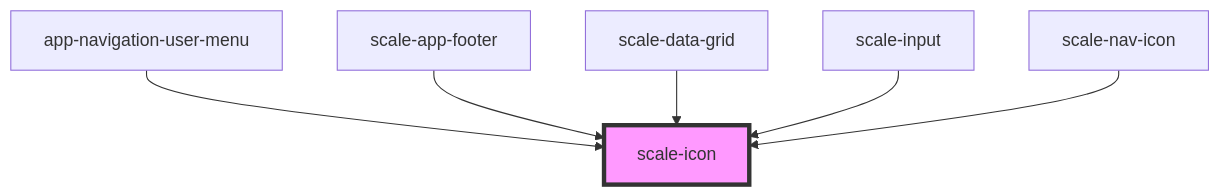
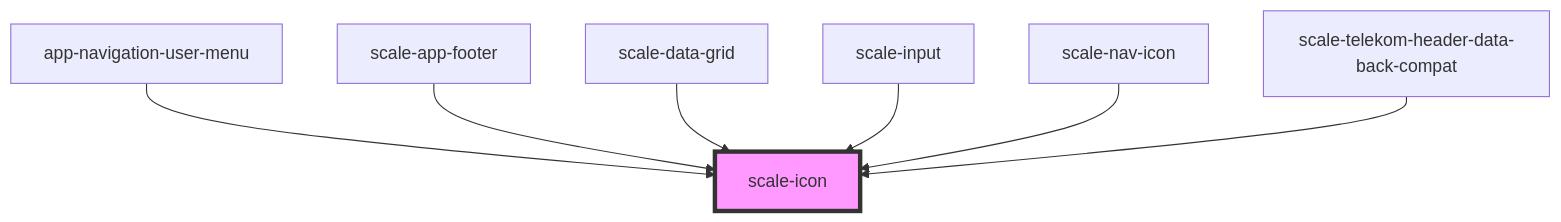
One commit to telekom/scale changed the diagram in packages/components/src/components/icon/readme.md. Above: the diagram before and after it, drawn with Mermaid. The commit also changed other lines of this file and 18 other files, not shown here.

Commit message:
feat(telekom-header): backward compatible data API

````diff
--- a/packages/components/src/components/icon/readme.md
+++ b/packages/components/src/components/icon/readme.md
@@ -33,9 +34,10 @@
 ```mermaid
 graph TD;
   app-navigation-user-menu --> scale-icon
   scale-app-footer --> scale-icon
   scale-data-grid --> scale-icon
   scale-input --> scale-icon
   scale-nav-icon --> scale-icon
+  scale-telekom-header-data-back-compat --> scale-icon
   style scale-icon fill:#f9f,stroke:#333,stroke-width:4px
 ```
````
